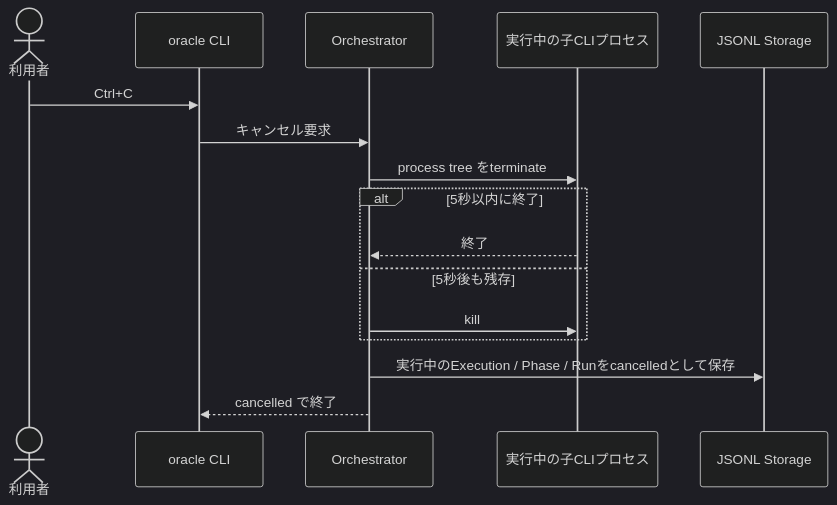
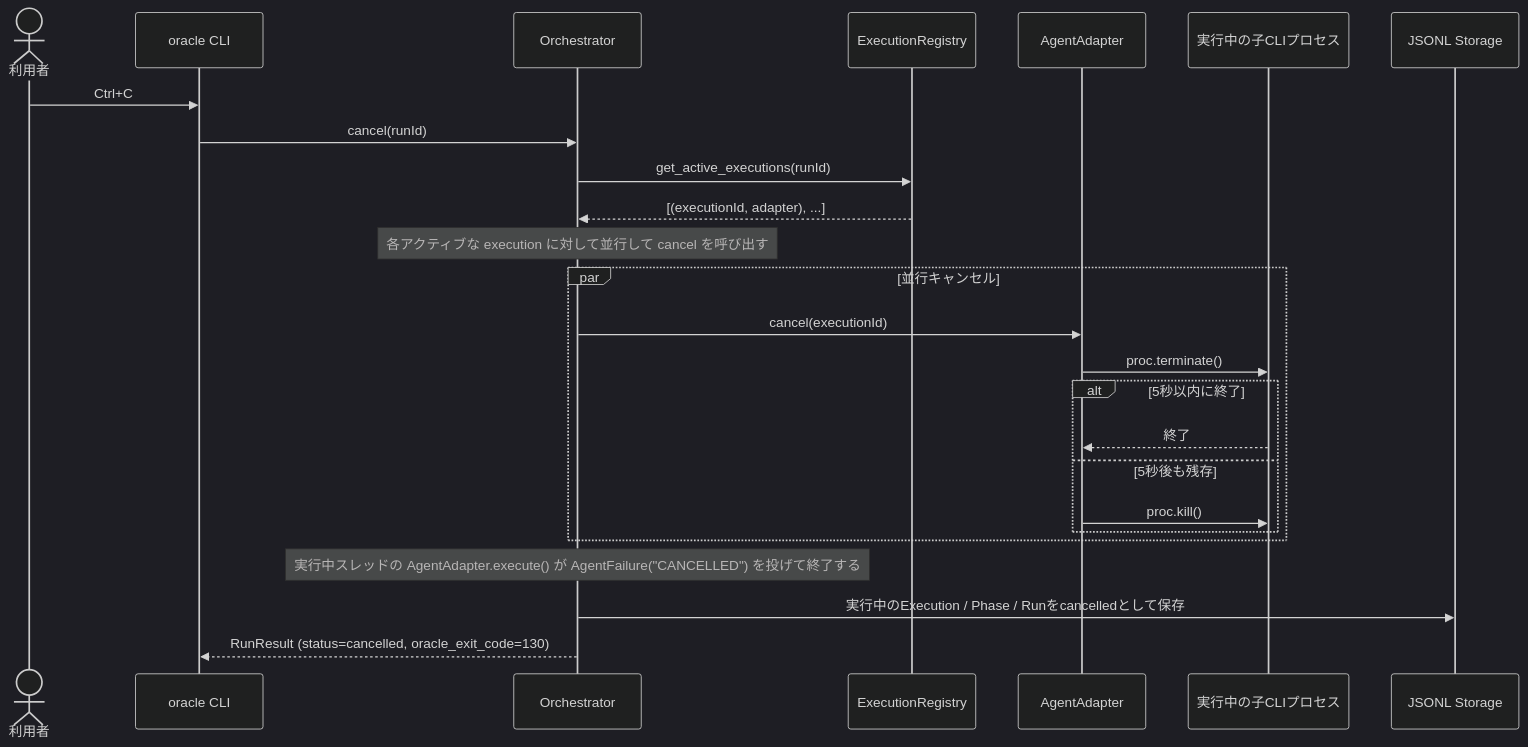
Before and after one commit to garyohosu/OracleCouncil: the eighth of 9 diagrams in SEQUENCE.md, drawn with Mermaid (dark theme). The commit also changed 30 other files, not shown here.

````diff
--- a/SEQUENCE.md
+++ b/SEQUENCE.md
@@ -271,21 +271,29 @@
 ```mermaid
 sequenceDiagram
     actor U as 利用者
     participant CLI as oracle CLI
     participant O as Orchestrator
+    participant ER as ExecutionRegistry
+    participant Ad as AgentAdapter
     participant P as 実行中の子CLIプロセス
     participant S as JSONL Storage
 
     U->>CLI: Ctrl+C
-    CLI->>O: キャンセル要求
-    O->>P: process tree をterminate
-
-    alt 5秒以内に終了
-        P-->>O: 終了
-    else 5秒後も残存
-        O->>P: kill
+    CLI->>O: cancel(runId)
+    O->>ER: get_active_executions(runId)
+    ER-->>O: [(executionId, adapter), ...]
+    Note over O: 各アクティブな execution に対して並行して cancel を呼び出す
+    par 並行キャンセル
+        O->>Ad: cancel(executionId)
+        Ad->>P: proc.terminate()
+        alt 5秒以内に終了
+            P-->>Ad: 終了
+        else 5秒後も残存
+            Ad->>P: proc.kill()
+        end
     end
 
+    Note over O: 実行中スレッドの AgentAdapter.execute() が AgentFailure("CANCELLED") を投げて終了する
     O->>S: 実行中のExecution / Phase / Runをcancelledとして保存
-    O-->>CLI: cancelled で終了
+    O-->>CLI: RunResult (status=cancelled, oracle_exit_code=130)
 ```
````
